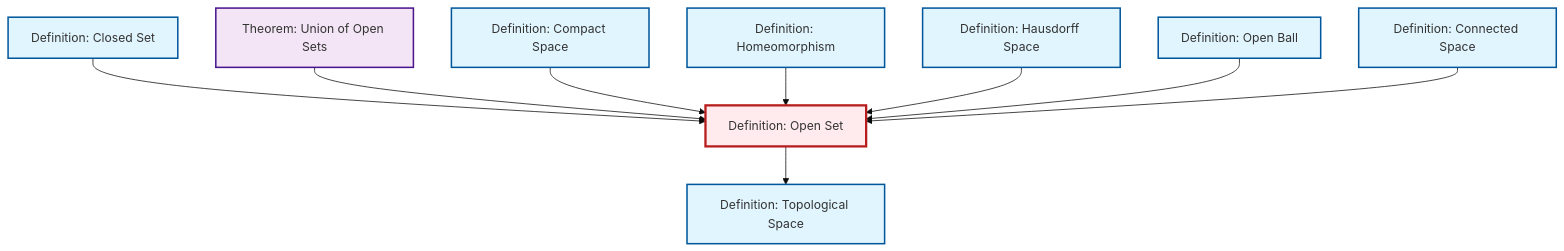
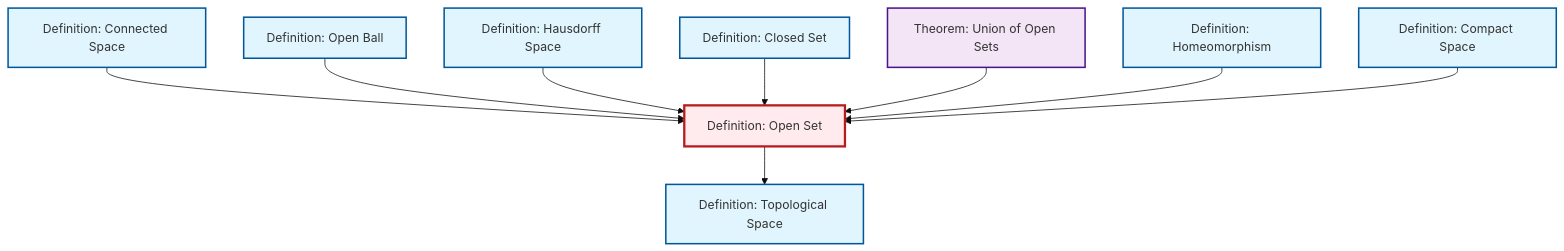
Before and after one commit to RK0429/ModernMath: the diagram in content/en/topology/def-open-set.qmd, drawn with Mermaid (base theme). The commit also changed other lines of this file and 1012 other files, not shown here.

````diff
--- a/content/en/topology/def-open-set.qmd
+++ b/content/en/topology/def-open-set.qmd
@@ -54,35 +54,35 @@
 ```{mermaid}
 %%| fig-cap: "Local dependency graph"
 graph TD
     classDef definition fill:#e1f5fe,stroke:#01579b,stroke-width:2px
     classDef theorem fill:#f3e5f5,stroke:#4a148c,stroke-width:2px
     classDef axiom fill:#fff3e0,stroke:#e65100,stroke-width:2px
     classDef example fill:#e8f5e9,stroke:#1b5e20,stroke-width:2px
     classDef current fill:#ffebee,stroke:#b71c1c,stroke-width:3px
+    def-connected["Definition: Connected Space"]:::definition
+    def-open-set["Definition: Open Set"]:::definition
     def-homeomorphism["Definition: Homeomorphism"]:::definition
-    def-connected["Definition: Connected Space"]:::definition
+    def-open-ball["Definition: Open Ball"]:::definition
+    thm-union-open-sets["Theorem: Union of Open Sets"]:::theorem
+    def-topological-space["Definition: Topological Space"]:::definition
+    def-compact["Definition: Compact Space"]:::definition
+    def-closed-set["Definition: Closed Set"]:::definition
     def-hausdorff["Definition: Hausdorff Space"]:::definition
-    def-open-set["Definition: Open Set"]:::definition
-    def-topological-space["Definition: Topological Space"]:::definition
-    thm-union-open-sets["Theorem: Union of Open Sets"]:::theorem
-    def-closed-set["Definition: Closed Set"]:::definition
-    def-open-ball["Definition: Open Ball"]:::definition
-    def-compact["Definition: Compact Space"]:::definition
+    def-connected --> def-open-set
+    def-open-ball --> def-open-set
+    def-hausdorff --> def-open-set
+    def-open-set --> def-topological-space
     def-closed-set --> def-open-set
     thm-union-open-sets --> def-open-set
+    def-homeomorphism --> def-open-set
     def-compact --> def-open-set
-    def-homeomorphism --> def-open-set
-    def-hausdorff --> def-open-set
-    def-open-ball --> def-open-set
-    def-connected --> def-open-set
-    def-open-set --> def-topological-space
     class def-open-set current
+    click def-connected "def-connected.html" "Go to Connected Space definition"
     click def-homeomorphism "def-homeomorphism.html" "Go to Homeomorphism definition"
-    click def-connected "def-connected.html" "Go to Connected Space definition"
+    click def-open-ball "def-open-ball.html" "Go to Open Ball definition"
+    click thm-union-open-sets "thm-union-open-sets.html" "Go to Union of Open Sets theorem"
+    click def-topological-space "def-topological-space.html" "Go to Topological Space definition"
+    click def-compact "def-compact.html" "Go to Compact Space definition"
+    click def-closed-set "def-closed-set.html" "Go to Closed Set definition"
     click def-hausdorff "def-hausdorff.html" "Go to Hausdorff Space definition"
-    click def-topological-space "def-topological-space.html" "Go to Topological Space definition"
-    click thm-union-open-sets "thm-union-open-sets.html" "Go to Union of Open Sets theorem"
-    click def-closed-set "def-closed-set.html" "Go to Closed Set definition"
-    click def-open-ball "def-open-ball.html" "Go to Open Ball definition"
-    click def-compact "def-compact.html" "Go to Compact Space definition"
 ```
````
